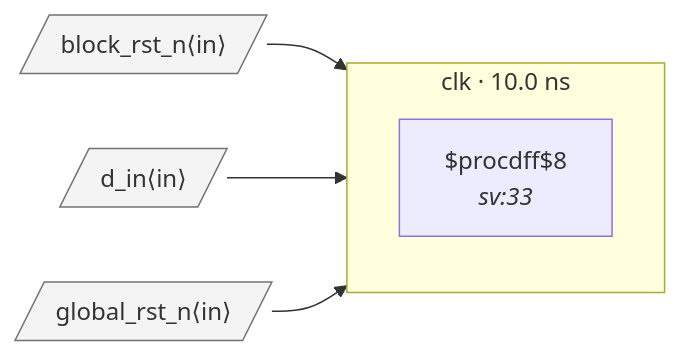
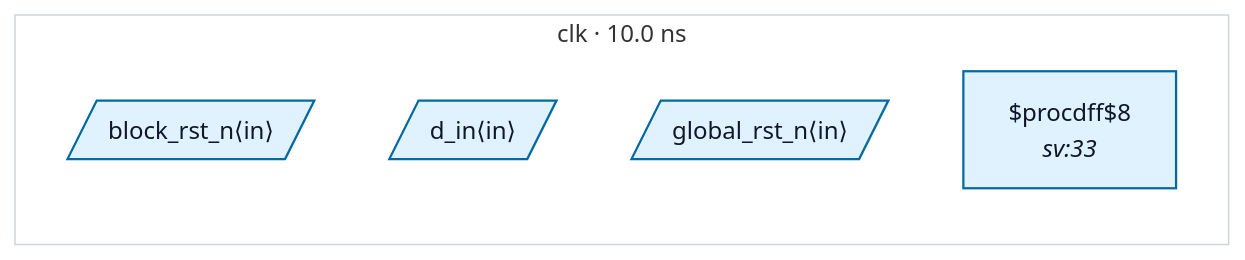
The diagram in tests/fixtures/bad_rdc_005_multi_source_reset/README.md (rtl-buddy/rtl-buddy-cdc), drawn with Mermaid before and after one commit. The commit also changed 71 other files, not shown here.

````diff
--- a/tests/fixtures/bad_rdc_005_multi_source_reset/README.md
+++ b/tests/fixtures/bad_rdc_005_multi_source_reset/README.md
@@ -20,15 +20,15 @@
 ```mermaid
 %% bad_rdc_005_multi_source_reset — generated by rtl-buddy-cdc render
 flowchart LR
   subgraph clk_clk["clk · 10.0 ns"]
     direction TB
-    f_934ca7f9["$procdff$8<br/><i>sv:33</i>"]
+    p_in_block_rst_n[/"block_rst_n⟨in⟩"/]:::ckcls_clk
+    p_in_d_in[/"d_in⟨in⟩"/]:::ckcls_clk
+    p_in_global_rst_n[/"global_rst_n⟨in⟩"/]:::ckcls_clk
+    f_934ca7f9["$procdff$8<br/><i>sv:33</i>"]:::ckcls_clk
   end
-  p_in_block_rst_n[/"block_rst_n⟨in⟩"/]:::port
-  p_in_d_in[/"d_in⟨in⟩"/]:::port
-  p_in_global_rst_n[/"global_rst_n⟨in⟩"/]:::port
-  p_in_block_rst_n --> f_934ca7f9
-  p_in_d_in --> f_934ca7f9
-  p_in_global_rst_n --> f_934ca7f9
-  classDef port fill:#f4f4f5,stroke:#71717a
+  style clk_clk fill:none,stroke:#cbd5e1
+  classDef ckcls_clk fill:#e0f2fe,stroke:#0369a1,stroke-width:1.5px,color:#0f172a
+  classDef port_unassigned fill:#f4f4f5,stroke:#71717a,color:#0f172a
+  classDef ckcls_legend_neutral fill:#ffffff,stroke:#cbd5e1,stroke-width:1px,color:#0f172a
 ```
````
